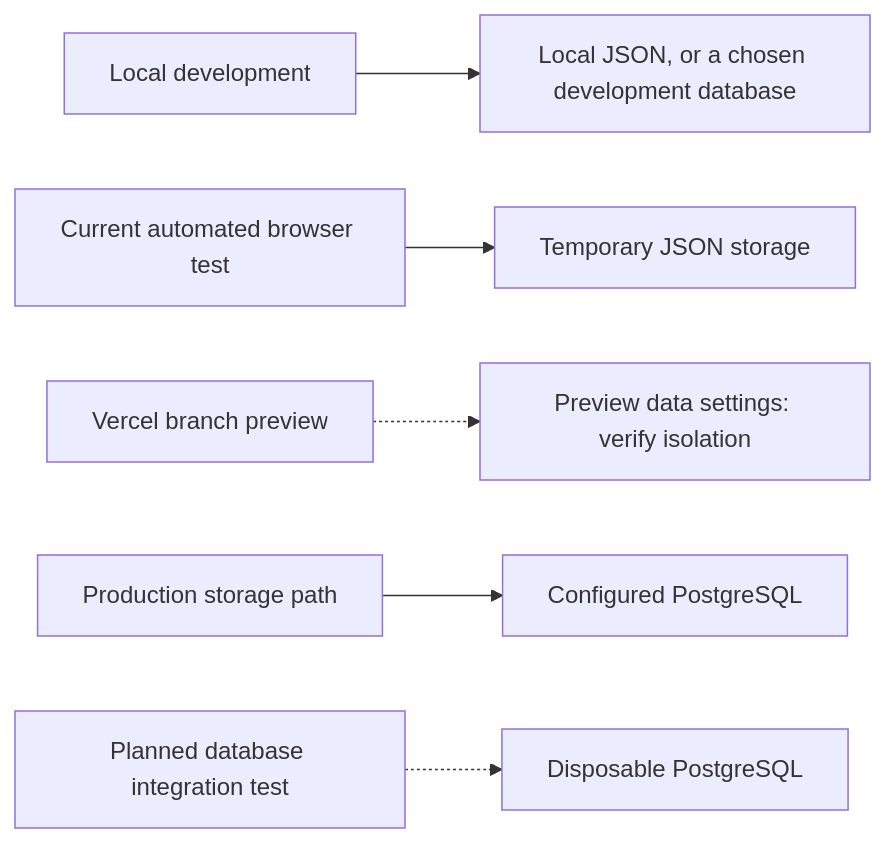
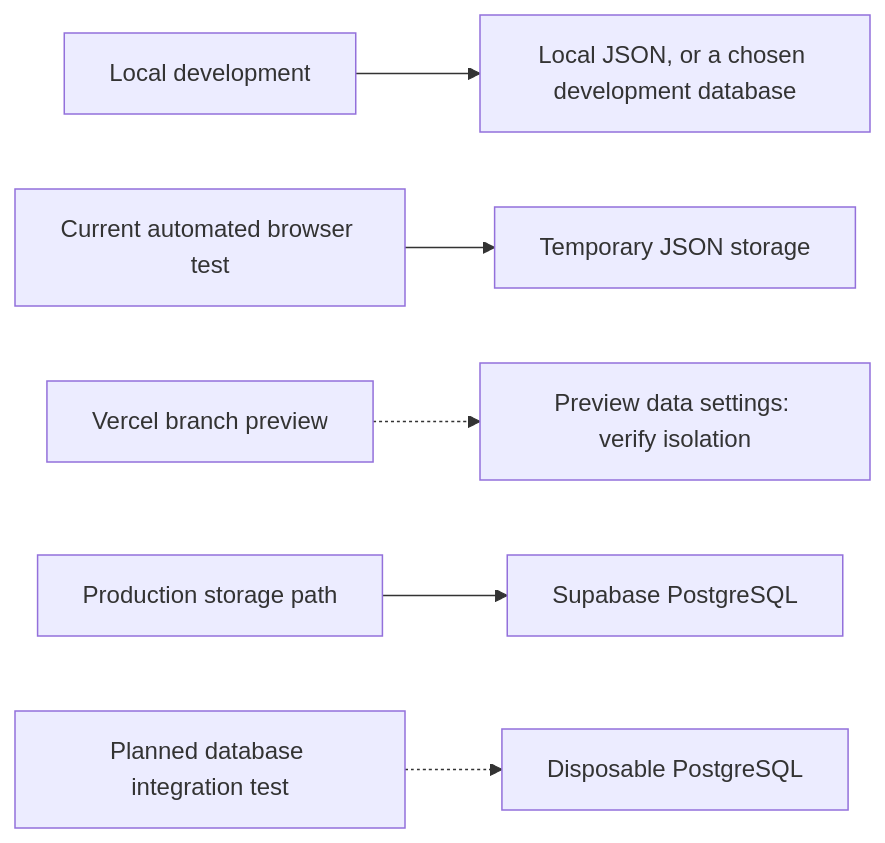
The diagram in monthly-trading-report/docs/guide/05-environments.md (brandennevius/TradingDashboard), drawn with Mermaid before and after one commit. The commit also changed other lines of this file and 5 other files, not shown here.

Commit message:
Document Supabase hosting and Branden journal data flow

````diff
--- a/monthly-trading-report/docs/guide/05-environments.md
+++ b/monthly-trading-report/docs/guide/05-environments.md
@@ -9,8 +9,8 @@
 ```mermaid
 flowchart LR
     localApp["Local development"] --> localData["Local JSON, or a chosen development database"]
     browserTest["Current automated browser test"] --> testData["Temporary JSON storage"]
     preview["Vercel branch preview"] -.-> previewData["Preview data settings: verify isolation"]
-    production["Production storage path"] --> postgres["Configured PostgreSQL"]
+    production["Production storage path"] --> postgres["Supabase PostgreSQL"]
     futureTest["Planned database integration test"] -.-> futureData["Disposable PostgreSQL"]
 ```
````
